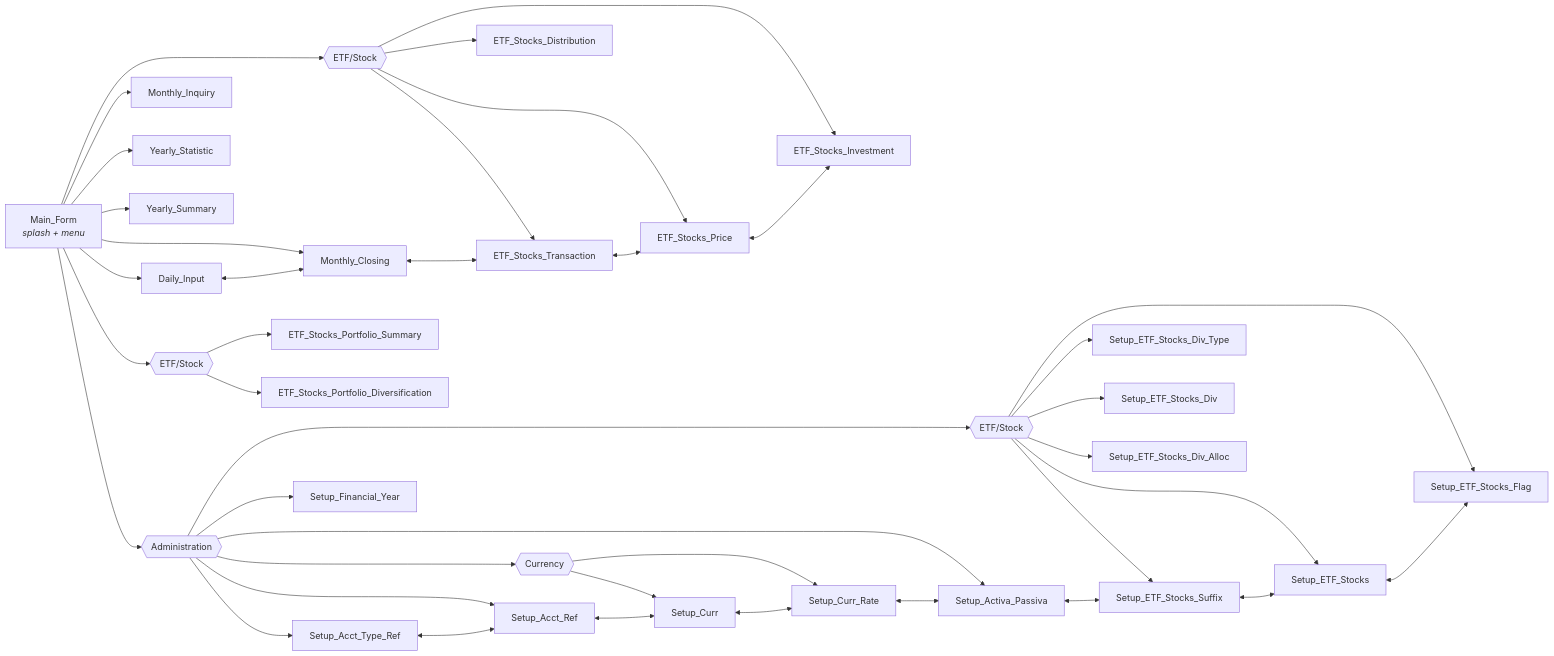
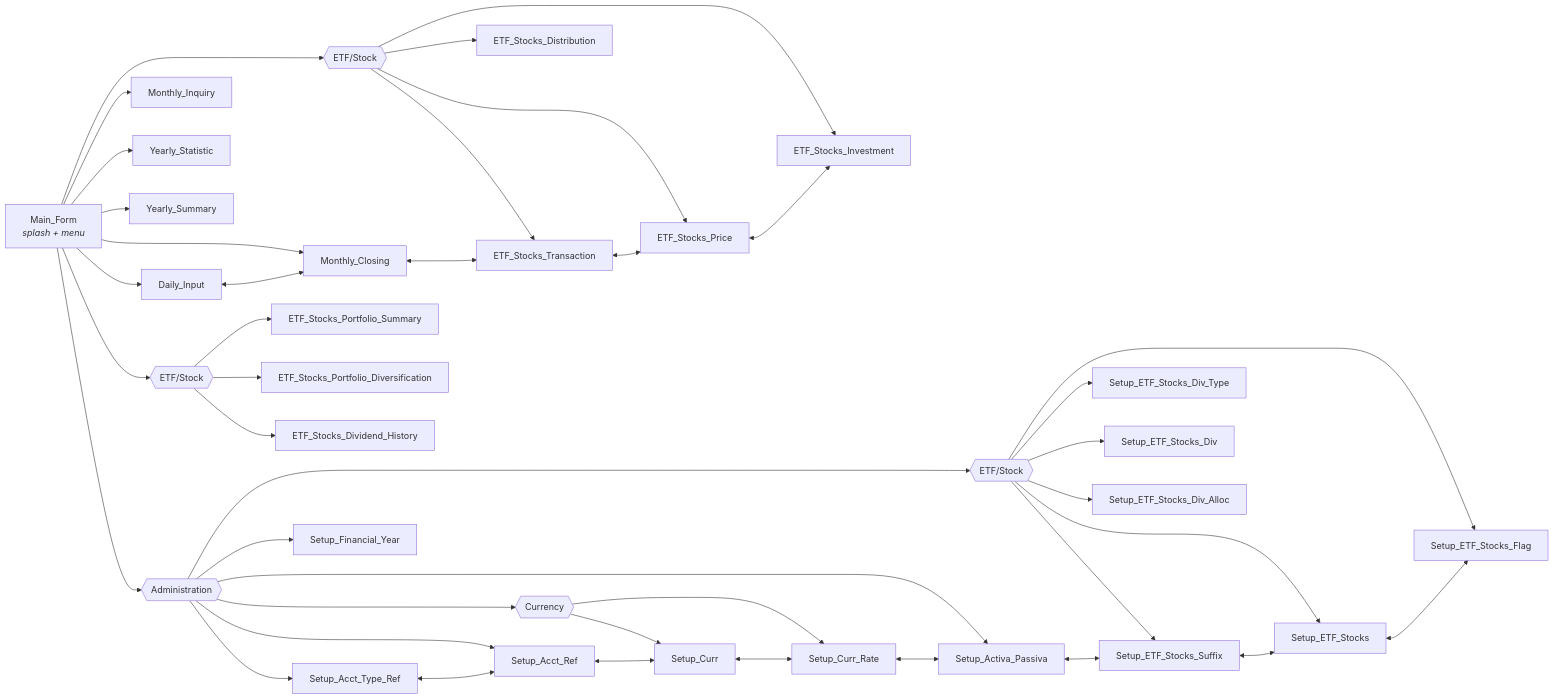
Before and after one commit to oscar-rijadi/FinancialBalance: the second of 3 diagrams in README.md, drawn with Mermaid. The commit also changed other lines of this file and 34 other files, not shown here.

Commit message:
Implement ETF Stock Dividend History

````diff
--- a/README.md
+++ b/README.md
@@ -101,47 +101,48 @@
 ```mermaid
 flowchart LR
     MAIN["Main_Form<br/><i>splash + menu</i>"]
 
     MAIN --> DI["Daily_Input"]
     MAIN --> MC["Monthly_Closing"]
     MAIN --> PETFG{{"ETF/Stock"}}
     PETFG --> ETP["ETF_Stocks_Price"]
     PETFG --> ETI["ETF_Stocks_Investment"]
     PETFG --> ETX["ETF_Stocks_Transaction"]
     PETFG --> ETD["ETF_Stocks_Distribution"]
     MAIN --> MI["Monthly_Inquiry"]
     MAIN --> YT["Yearly_Statistic"]
     MAIN --> YS["Yearly_Summary"]
     MAIN --> PORTG{{"ETF/Stock"}}
     PORTG --> PSUM["ETF_Stocks_Portfolio_Summary"]
     PORTG --> PDIV["ETF_Stocks_Portfolio_Diversification"]
+    PORTG --> PDVH["ETF_Stocks_Dividend_History"]
 
     MAIN --> ADMIN{{"Administration"}}
     ADMIN --> SATR["Setup_Acct_Type_Ref"]
     ADMIN --> SAR["Setup_Acct_Ref"]
     ADMIN --> CURG{{"Currency"}}
     CURG --> SC["Setup_Curr"]
     CURG --> SCR["Setup_Curr_Rate"]
     ADMIN --> SAP["Setup_Activa_Passiva"]
     ADMIN --> SFY["Setup_Financial_Year"]
     ADMIN --> ETFG{{"ETF/Stock"}}
     ETFG --> SES["Setup_ETF_Stocks_Suffix"]
     ETFG --> SET["Setup_ETF_Stocks"]
     ETFG --> SEF["Setup_ETF_Stocks_Flag"]
     ETFG --> SDT["Setup_ETF_Stocks_Div_Type"]
     ETFG --> SDV["Setup_ETF_Stocks_Div"]
     ETFG --> SDA["Setup_ETF_Stocks_Div_Alloc"]
 
     DI <--> MC
     MC <--> ETX
     ETX <--> ETP
     ETP <--> ETI
 
     SATR <--> SAR
     SAR <--> SC
     SC <--> SCR
     SCR <--> SAP
     SAP <--> SES
     SES <--> SET
     SET <--> SEF
 ```
````
